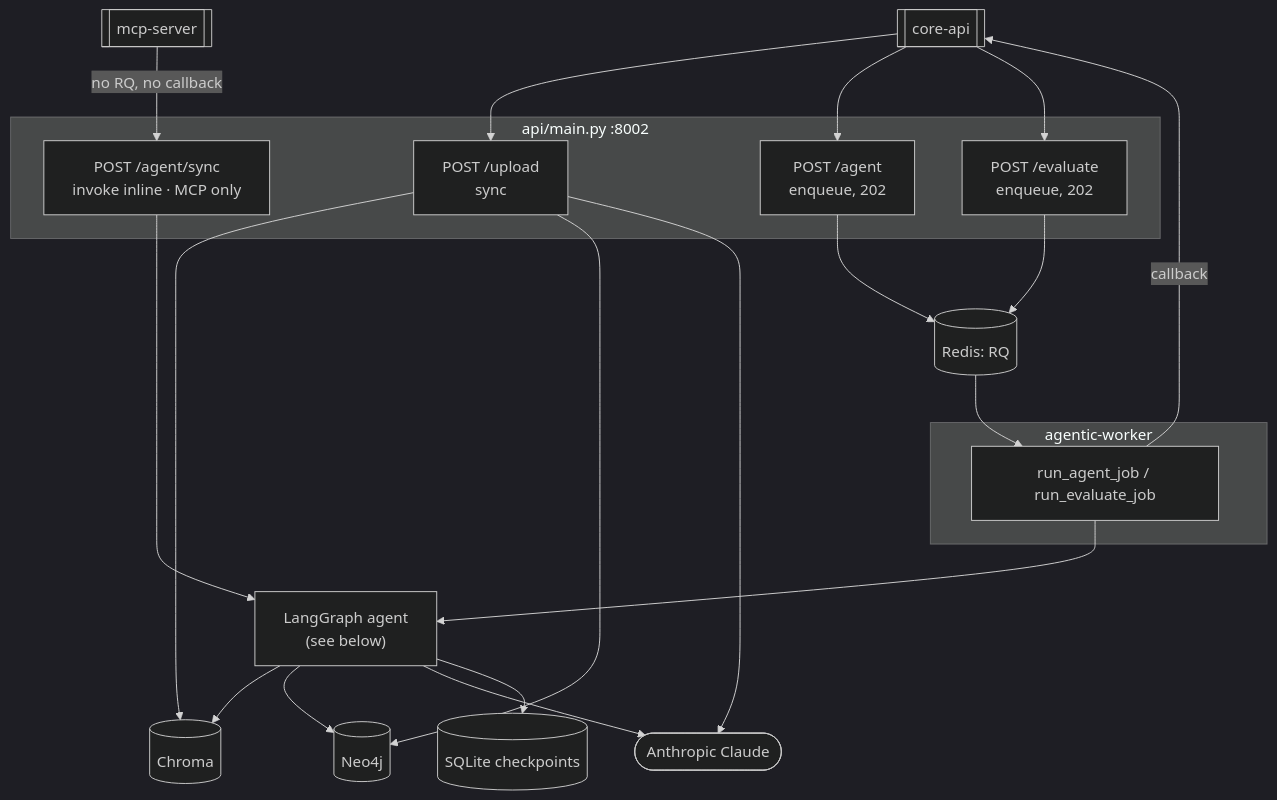
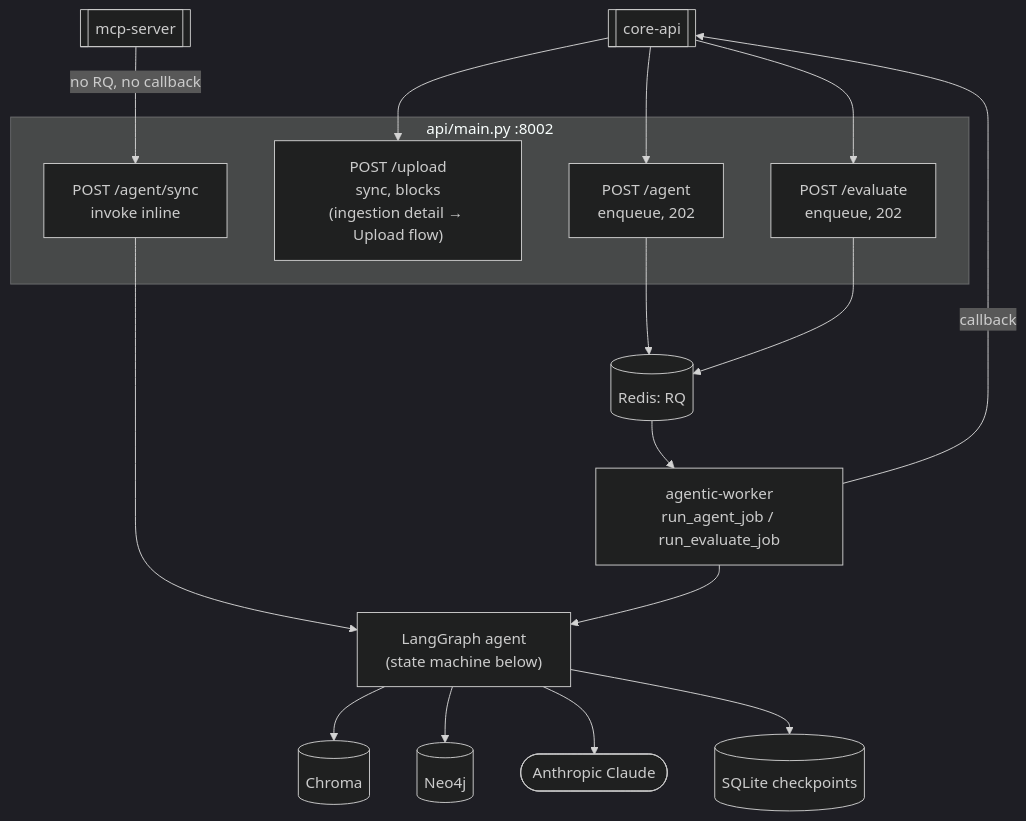
One commit to codeshivamsi-sketch/ai_study_assistant_edumind changed the fifth of 10 diagrams in README.md. Above: the diagram before and after it, drawn with Mermaid (dark theme).

Commit message:
update agentic hld

````diff
--- a/README.md
+++ b/README.md
@@ -104,37 +104,31 @@
 ```mermaid
 flowchart TD
     Core[["core-api"]]
     MCP[["mcp-server"]]
 
     subgraph API ["api/main.py :8002"]
-        Upload["POST /upload\nsync"]
+        Upload["POST /upload\nsync, blocks\n(ingestion detail → Upload flow)"]
         AgentEp["POST /agent\nenqueue, 202"]
         EvalEp["POST /evaluate\nenqueue, 202"]
-        AgentSync["POST /agent/sync\ninvoke inline · MCP only"]
+        AgentSync["POST /agent/sync\ninvoke inline"]
     end
 
     RQ[("Redis: RQ")]
-
-    subgraph Worker ["agentic-worker"]
-        Jobs["run_agent_job / run_evaluate_job"]
-    end
-
-    Graph["LangGraph agent\n(see below)"]
+    Jobs["agentic-worker\nrun_agent_job / run_evaluate_job"]
+    Graph["LangGraph agent\n(state machine below)"]
     Chroma[("Chroma")]
     Neo4j[("Neo4j")]
     SQLite[("SQLite checkpoints")]
     Claude(["Anthropic Claude"])
 
-    Core --> Upload --> Chroma
-    Upload --> Neo4j
-    Upload --> Claude
+    Core --> Upload
     Core --> AgentEp --> RQ
     Core --> EvalEp --> RQ
     MCP -->|"no RQ, no callback"| AgentSync --> Graph
     RQ --> Jobs --> Graph
     Graph --> Chroma
     Graph --> Neo4j
     Graph --> Claude
     Graph --> SQLite
     Jobs -->|callback| Core
 ```
````
